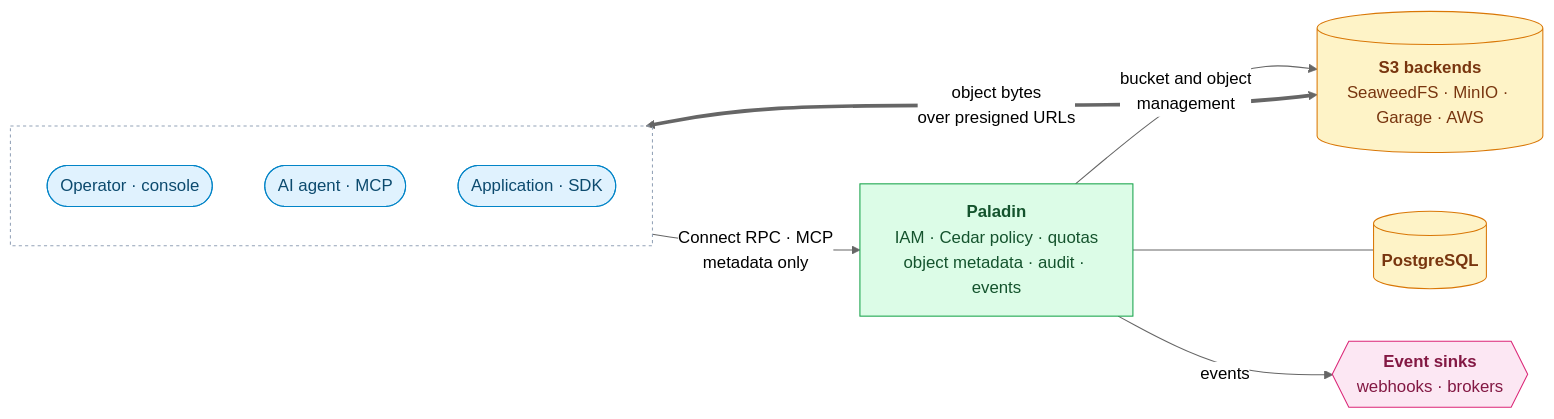
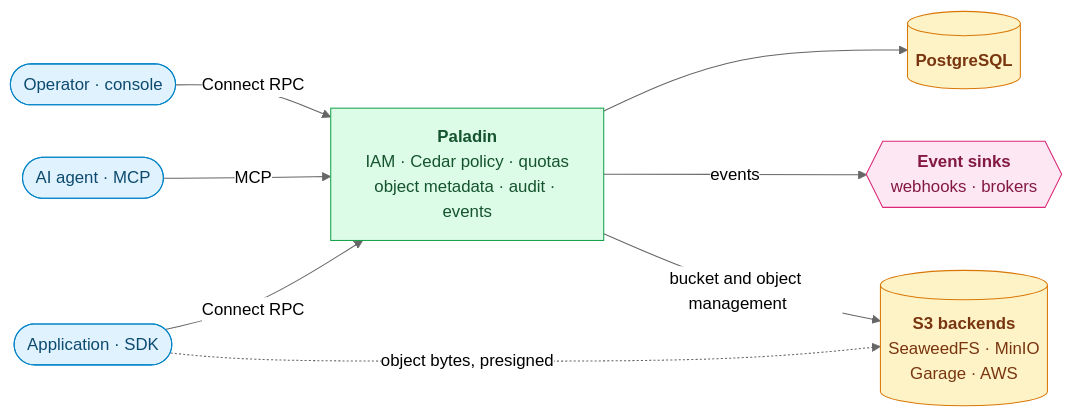
The diagram in README.md (oleg-tkachuk/paladin), drawn with Mermaid (neutral theme) before and after one commit. The commit also changed 2 other files, not shown here.

Commit message:
docs: lay the diagrams out so nothing overlaps in the default renderer
The previous layout was checked with mermaid-cli 12; GitHub and most
viewers render with dagre, where edge labels from subgraphs sat on top
of nodes and long edges crossed. The roles diagram is split into request
paths and per-role dependencies, and the schema into three groups.

````diff
--- a/README.md
+++ b/README.md
@@ -28,31 +28,31 @@
 ```mermaid
 flowchart LR
-    subgraph clients [" "]
-        direction TB
-        op(["Operator · console"])
-        agent(["AI agent · MCP"])
-        app(["Application · SDK"])
-    end
+    op(["Operator · console"])
+    agent(["AI agent · MCP"])
+    app(["Application · SDK"])
 
     cp["<b>Paladin</b><br/>IAM · Cedar policy · quotas<br/>object metadata · audit · events"]
 
     pg[("<b>PostgreSQL</b>")]
-    s3[("<b>S3 backends</b><br/>SeaweedFS · MinIO · Garage · AWS")]
     sinks{{"<b>Event sinks</b><br/>webhooks · brokers"}}
+    s3[("<b>S3 backends</b><br/>SeaweedFS · MinIO<br/>Garage · AWS")]
 
-    clients -- "Connect RPC · MCP<br/>metadata only" --> cp
-    cp --- pg
-    cp -- "bucket and object<br/>management" --> s3
+    op -- "Connect RPC" --> cp
+    agent -- "MCP" --> cp
+    app -- "Connect RPC" --> cp
+    cp --> pg
     cp -- "events" --> sinks
-    app <== "object bytes<br/>over presigned URLs" ==> s3
+    cp -- "bucket and object management" --> s3
+    app -. "object bytes, presigned" .-> s3
 
     classDef client fill:#E0F2FE,stroke:#0284C7,color:#0C4A6E
+    classDef ui fill:#EDE9FE,stroke:#7C3AED,color:#3B0764
     classDef role fill:#DCFCE7,stroke:#16A34A,color:#14532D
+    classDef optional fill:#F1F5F9,stroke:#64748B,color:#334155,stroke-dasharray:5 4
     classDef store fill:#FEF3C7,stroke:#D97706,color:#78350F
     classDef external fill:#FCE7F3,stroke:#DB2777,color:#831843
     class app,agent,op client
     class cp role
     class pg,s3 store
     class sinks external
-    style clients fill:none,stroke:#94A3B8,stroke-dasharray:3 3
 ```
````
